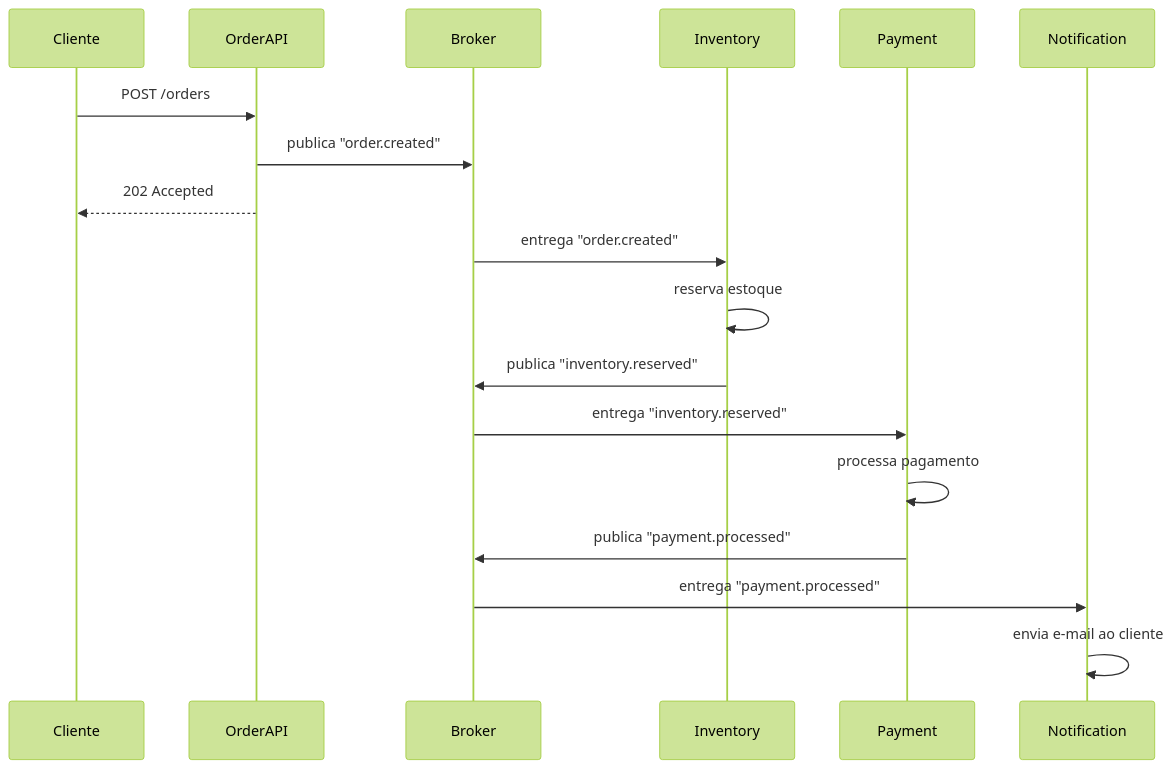
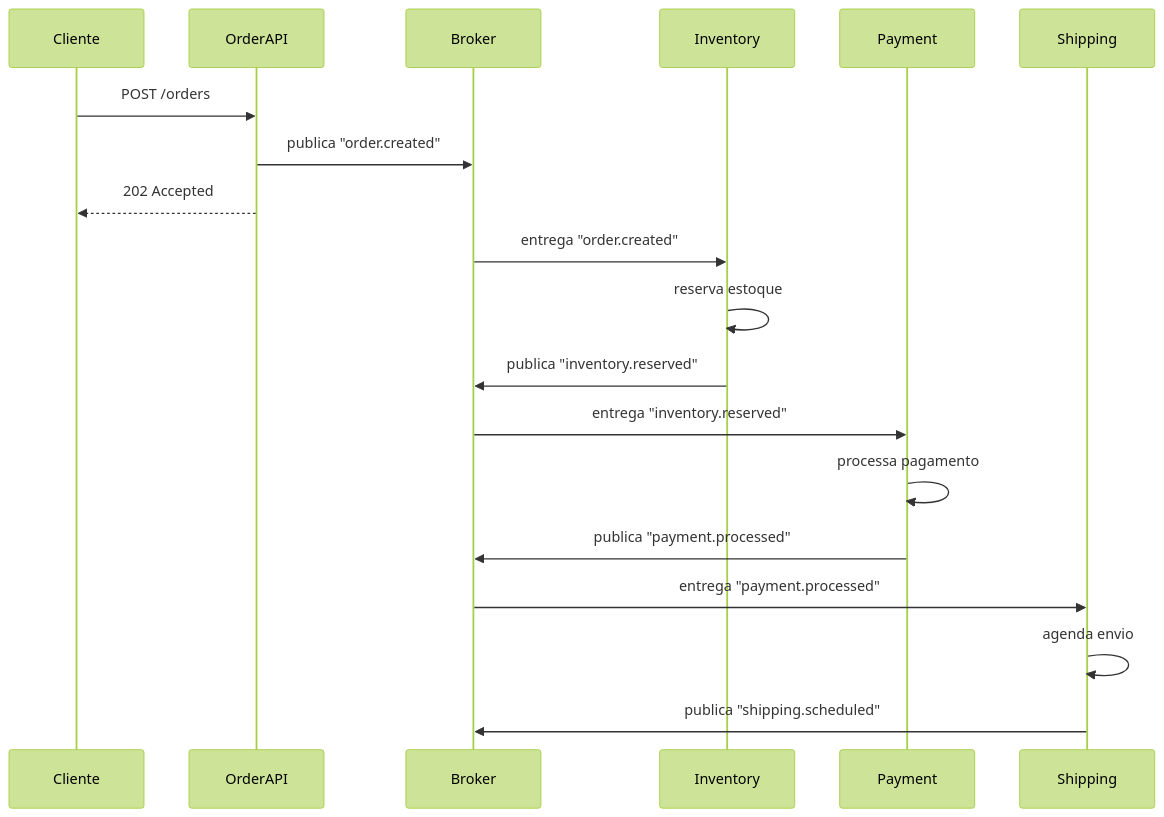
The first of 4 diagrams in docs/choreography-saga/README.md (maicoqb/estudo-de-caso-arquiteturas-eda), drawn with Mermaid (forest theme) before and after one commit. The commit also changed other lines of this file and 1 other file, not shown here.

Commit message:
chore(coreography-saga): docs with shipping worker

````diff
--- a/docs/choreography-saga/README.md
+++ b/docs/choreography-saga/README.md
@@ -34,24 +34,25 @@
 ```mermaid
 sequenceDiagram
     participant Cliente
     participant OrderAPI
     participant Broker
     participant Inventory
     participant Payment
-    participant Notification
+    participant Shipping
 
     Cliente->>OrderAPI: POST /orders
     OrderAPI->>Broker: publica "order.created"
     OrderAPI-->>Cliente: 202 Accepted
 
     Broker->>Inventory: entrega "order.created"
     Inventory->>Inventory: reserva estoque
     Inventory->>Broker: publica "inventory.reserved"
 
     Broker->>Payment: entrega "inventory.reserved"
     Payment->>Payment: processa pagamento
     Payment->>Broker: publica "payment.processed"
 
-    Broker->>Notification: entrega "payment.processed"
-    Notification->>Notification: envia e-mail ao cliente
+    Broker->>Shipping: entrega "payment.processed"
+    Shipping->>Shipping: agenda envio
+    Shipping->>Broker: publica "shipping.scheduled"
 ```
````
